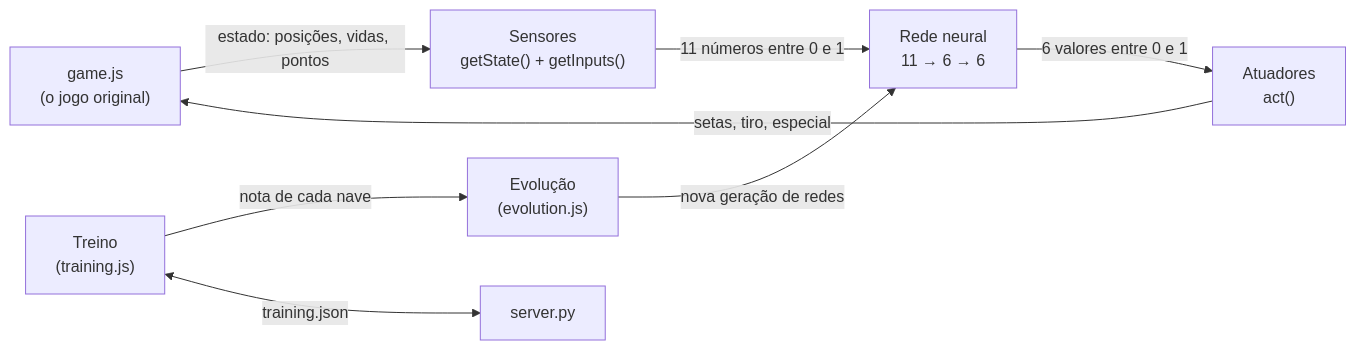
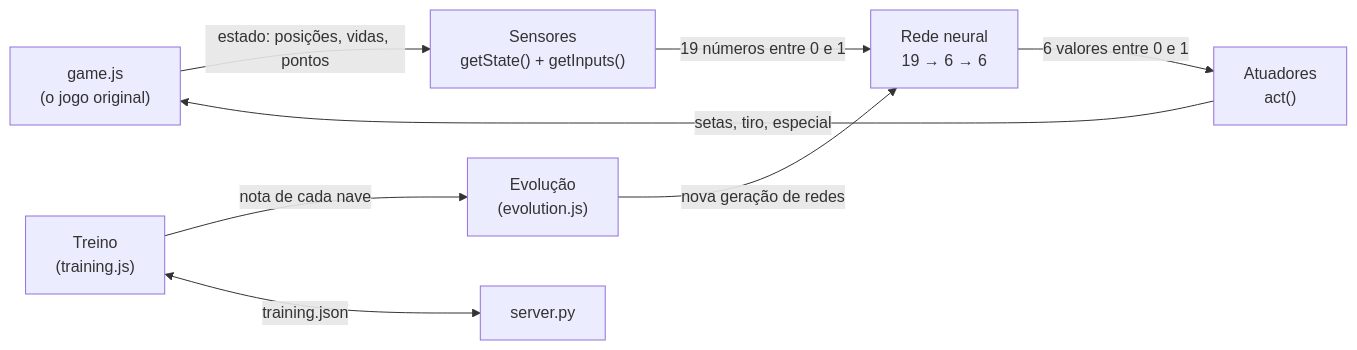
The diagram in docs/README.md (GuilhermeBrunholi/space-impact-ai), drawn with Mermaid before and after one commit. The commit also changed other lines of this file and 35 other files, not shown here.

````diff
--- a/docs/README.md
+++ b/docs/README.md
@@ -42,10 +44,10 @@
 ```mermaid
 flowchart LR
     G["game.js<br/>(o jogo original)"] -->|estado: posições, vidas, pontos| S["Sensores<br/>getState() + getInputs()"]
-    S -->|11 números entre 0 e 1| N["Rede neural<br/>11 → 6 → 6"]
+    S -->|19 números entre 0 e 1| N["Rede neural<br/>19 → 6 → 6"]
     N -->|6 valores entre 0 e 1| A["Atuadores<br/>act()"]
     A -->|setas, tiro, especial| G
     T["Treino<br/>(training.js)"] -->|nota de cada nave| E["Evolução<br/>(evolution.js)"]
     E -->|nova geração de redes| N
     T <-->|training.json| P["server.py"]
 ```
````
